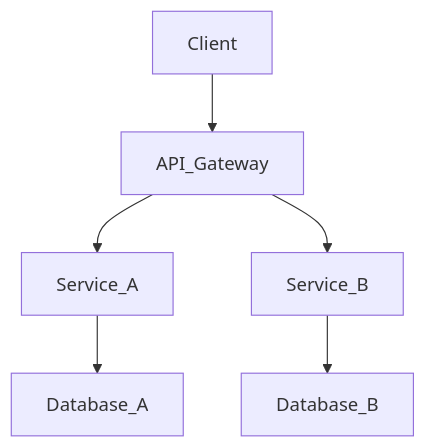
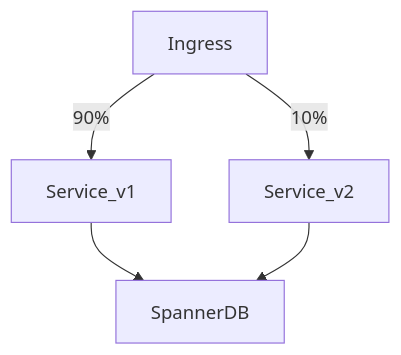
Before and after one commit to mach-playbook/mach-playbook.github.io: the diagram in _posts/2026-04-04-bulkhead-pattern-isolating-failures-so-one-service-cant-sink-the-fleet.md, drawn with Mermaid. The commit also changed other lines of this file and 37 other files, not shown here.

Commit message:
Elevate E-E-A-T and deep architectural content across all posts and administrative pages

````diff
--- a/_posts/2026-04-04-bulkhead-pattern-isolating-failures-so-one-service-cant-sink-the-fleet.md
+++ b/_posts/2026-04-04-bulkhead-pattern-isolating-failures-so-one-service-cant-sink-the-fleet.md
@@ -39,8 +59,7 @@
 ```mermaid
 graph TD;
-    Client-->API_Gateway;
-    API_Gateway-->Service_A;
-    API_Gateway-->Service_B;
-    Service_A-->Database_A;
-    Service_B-->Database_B;
+    Ingress-->|90%| Service_v1;
+    Ingress-->|10%| Service_v2;
+    Service_v1-->SpannerDB;
+    Service_v2-->SpannerDB;
 ```
````
